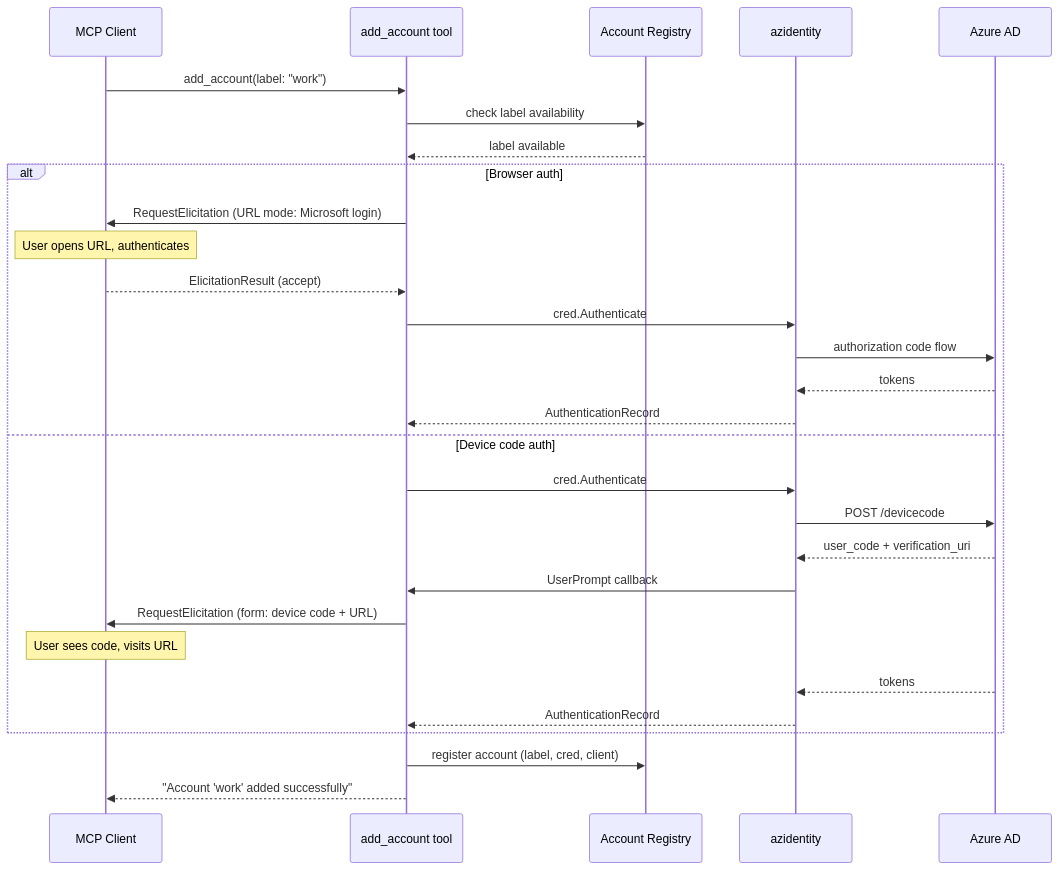
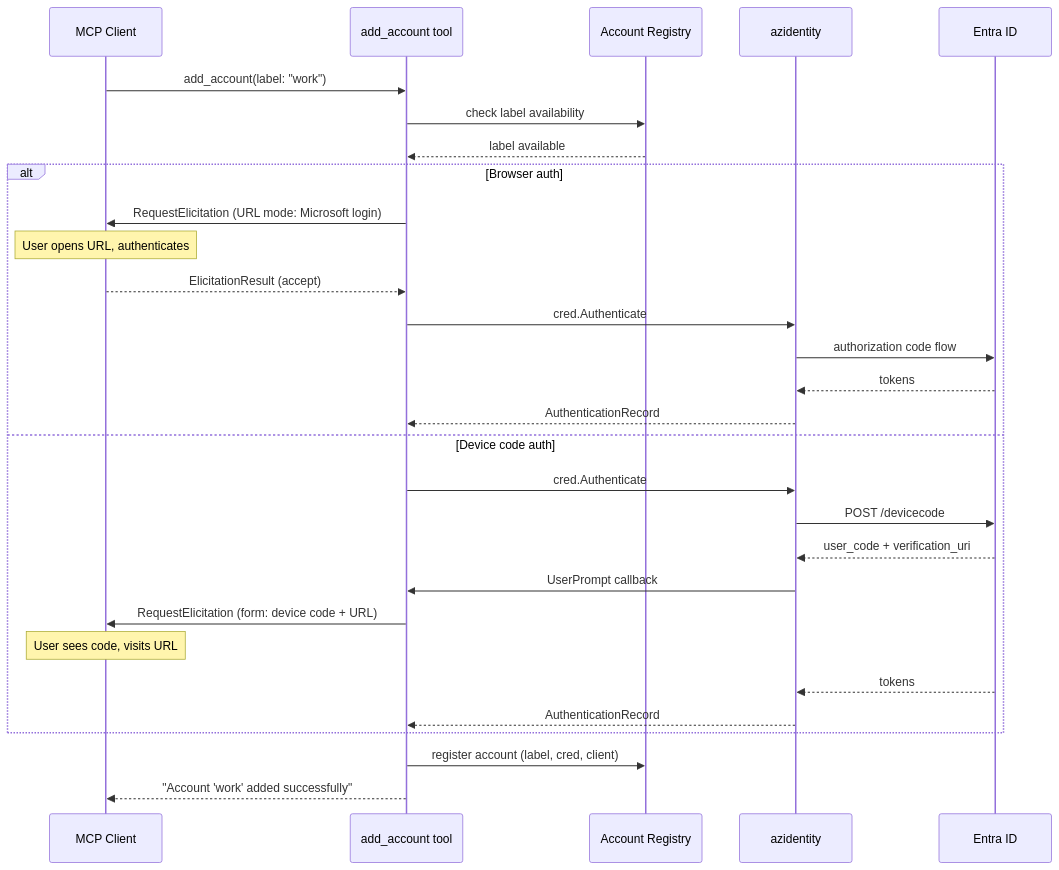
Before and after one commit to desek/outlook-local-mcp: the fifth of 6 diagrams in docs/cr/CR-0025-multi-account-elicitation.md, drawn with Mermaid. The commit also changed 42 other files, not shown here.

Commit message:
fix: rename azure ad to entra id (#15)

````diff
--- a/docs/cr/CR-0025-multi-account-elicitation.md
+++ b/docs/cr/CR-0025-multi-account-elicitation.md
@@ -202,34 +202,34 @@
 ```mermaid
 sequenceDiagram
     participant Client as MCP Client
     participant AddTool as add_account tool
     participant Registry as Account Registry
     participant AZ as azidentity
-    participant AAD as Azure AD
+    participant AAD as Entra ID
 
     Client->>AddTool: add_account(label: "work")
     AddTool->>Registry: check label availability
     Registry-->>AddTool: label available
 
     alt Browser auth
         AddTool->>Client: RequestElicitation (URL mode: Microsoft login)
         Note over Client: User opens URL, authenticates
         Client-->>AddTool: ElicitationResult (accept)
         AddTool->>AZ: cred.Authenticate
         AZ->>AAD: authorization code flow
         AAD-->>AZ: tokens
         AZ-->>AddTool: AuthenticationRecord
     else Device code auth
         AddTool->>AZ: cred.Authenticate
         AZ->>AAD: POST /devicecode
         AAD-->>AZ: user_code + verification_uri
         AZ->>AddTool: UserPrompt callback
         AddTool->>Client: RequestElicitation (form: device code + URL)
         Note over Client: User sees code, visits URL
         AAD-->>AZ: tokens
         AZ-->>AddTool: AuthenticationRecord
     end
 
     AddTool->>Registry: register account (label, cred, client)
     AddTool-->>Client: "Account 'work' added successfully"
 ```
````
